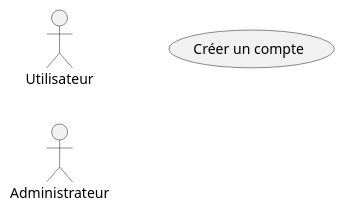
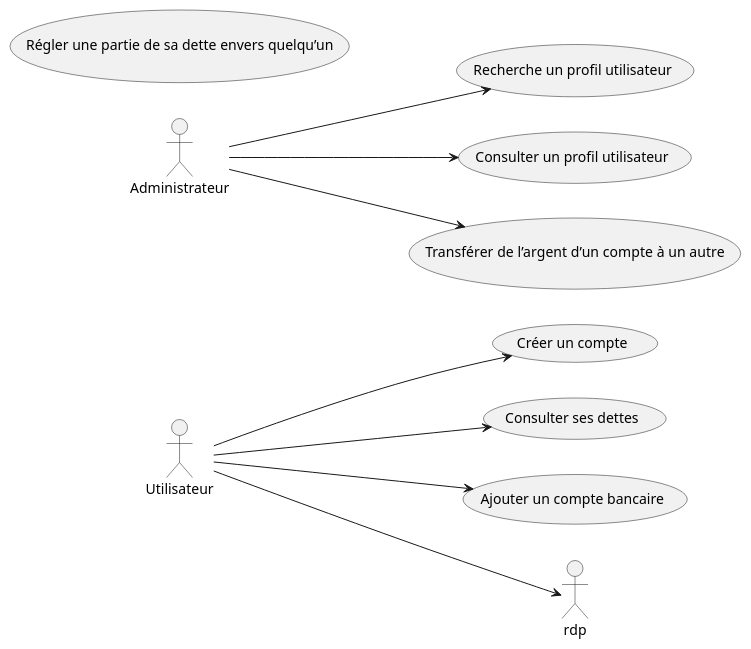
One commit to lmtb06/sharecount changed the diagram in diagrammes/specification/cas-utilisation.puml. Above: the diagram before and after it, drawn with PlantUML.

Commit message:
cas-utilisation update

```diff
--- a/diagrammes/specification/cas-utilisation.puml
+++ b/diagrammes/specification/cas-utilisation.puml
@@ -1,11 +1,31 @@
 @startuml "Diagramme de cas d'utilisation"
 
 left to right direction
 
 actor "Utilisateur" as User
 
 actor "Administrateur" as Admin
 
-usecase "Créer un compte" as cun
+usecase "Créer un compte" as cuc
+
+usecase "Consulter ses dettes" as csd
+
+usecase "Régler une partie de sa dette envers quelqu’un" as rpd
+
+usecase "Ajouter un compte bancaire" as acb
+
+usecase "Recherche un profil utilisateur" as rpu
+
+usecase "Consulter un profil utilisateur" as cpu
+
+usecase "Transférer de l’argent d’un compte à un autre" as tda
+
+User-->cuc
+User-->csd
+User-->rdp
+User-->acb
+Admin-->rpu
+Admin-->cpu
+Admin-->tda
 
 @enduml
```
